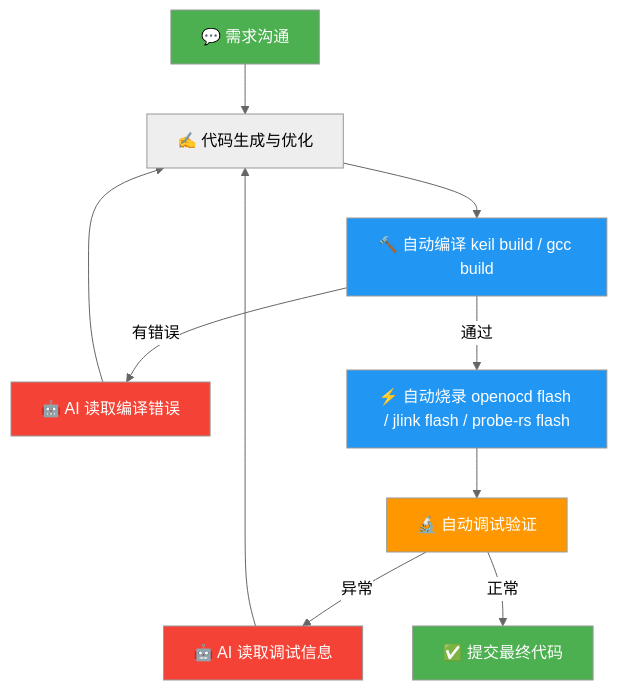
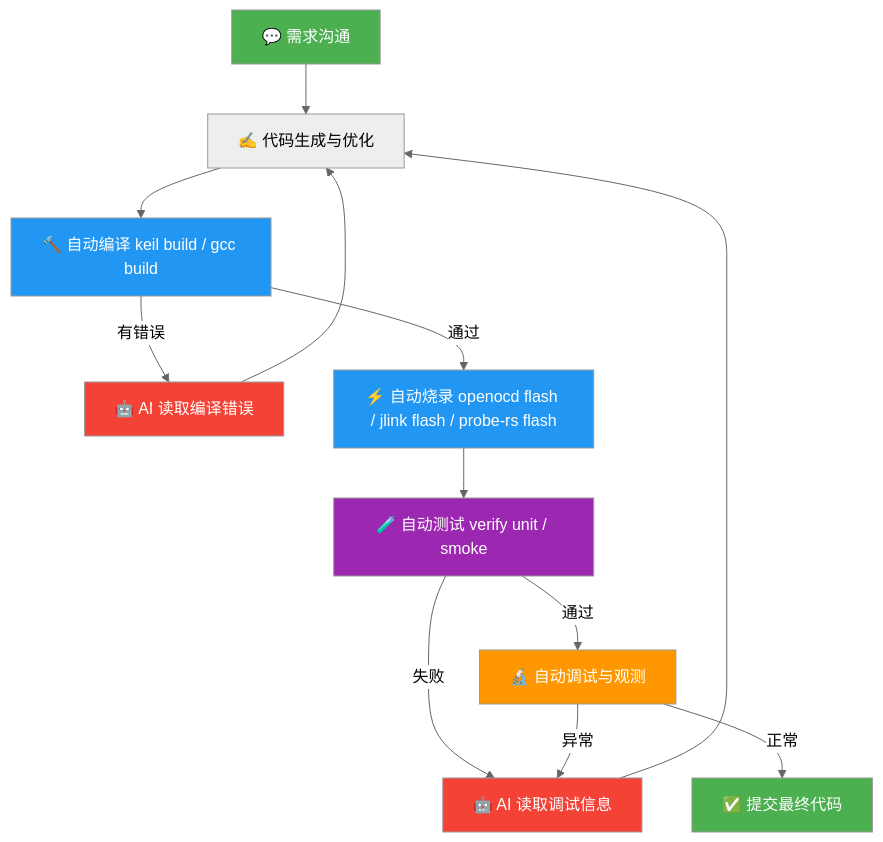
The diagram in README.md (zhinkgit/embeddedskills), drawn with Mermaid (neutral theme) before and after one commit. The commit also changed other lines of this file and 17 other files, not shown here.

````diff
--- a/README.md
+++ b/README.md
@@ -34,20 +34,23 @@
 ```mermaid
 flowchart TD
     A["💬 需求沟通"] --> B["✍️ 代码生成与优化"]
     B --> C["🔨 自动编译 keil build / gcc build"]
     C -->|有错误| D["🤖 AI 读取编译错误"]
     D --> B
     C -->|通过| E["⚡ 自动烧录 openоcd flash / jlink flash / probe-rs flash"]
-    E --> F["🔬 自动调试验证"]
-    F -->|异常| G["🤖 AI 读取调试信息"]
+    E --> V["🧪 自动测试 verify unit / smoke"]
+    V -->|失败| G["🤖 AI 读取调试信息"]
+    V -->|通过| F["🔬 自动调试与观测"]
+    F -->|异常| G
     G --> B
     F -->|正常| H["✅ 提交最终代码"]
 
     style A fill:#4CAF50,color:#fff
     style H fill:#4CAF50,color:#fff
     style C fill:#2196F3,color:#fff
     style E fill:#2196F3,color:#fff
+    style V fill:#9C27B0,color:#fff
     style F fill:#FF9800,color:#fff
     style D fill:#f44336,color:#fff
     style G fill:#f44336,color:#fff
 ```
````
